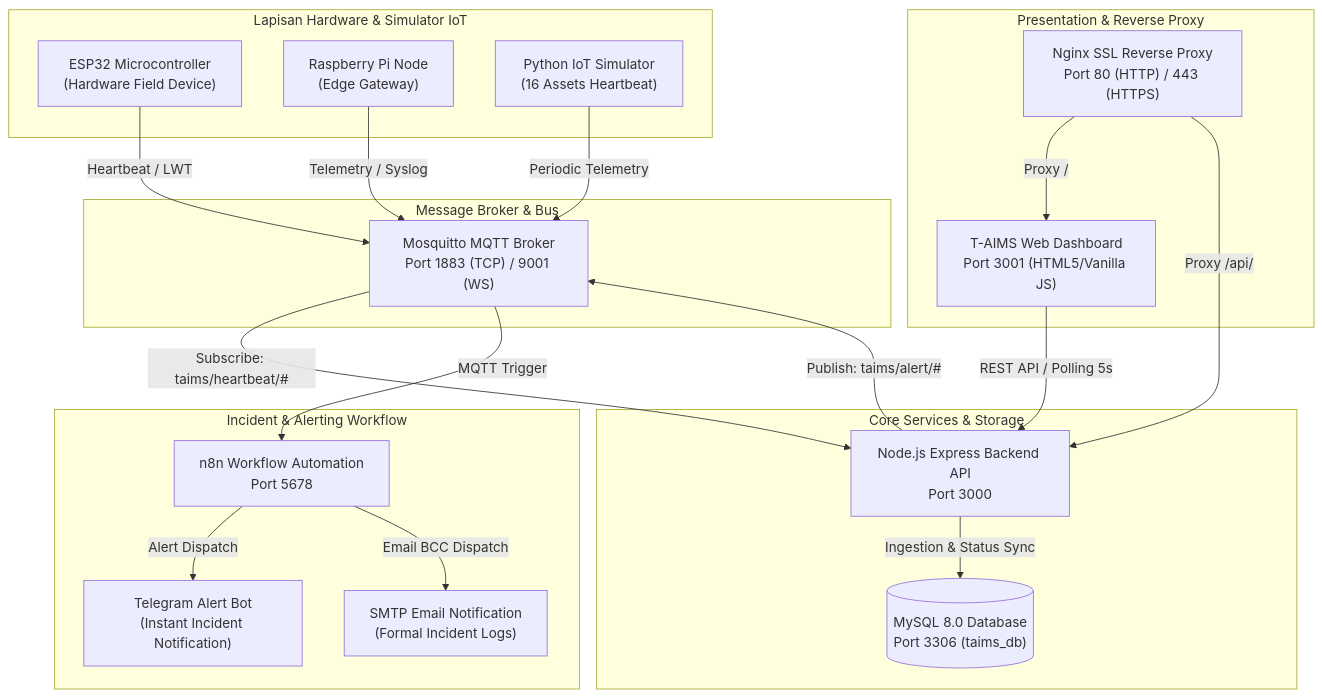
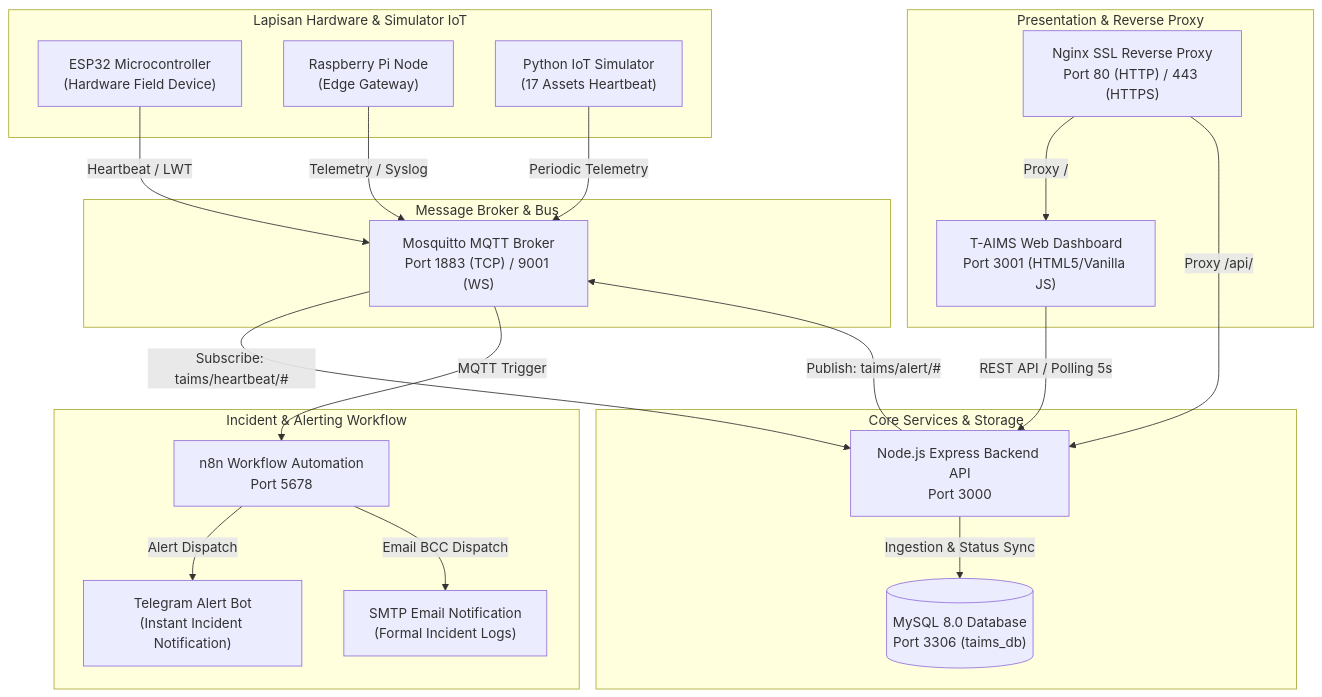
Before and after one commit to T-AIMS/T-AIMS: the diagram in README.md, drawn with Mermaid. The commit also changed other lines of this file and 19 other files, not shown here.

````diff
--- a/README.md
+++ b/README.md
@@ -16,42 +16,42 @@
 ```mermaid
 graph TD
     subgraph IoT_Edge ["Lapisan Hardware & Simulator IoT"]
         ESP["ESP32 Microcontroller<br/>(Hardware Field Device)"]
         RPI["Raspberry Pi Node<br/>(Edge Gateway)"]
-        SIM["Python IoT Simulator<br/>(16 Assets Heartbeat)"]
+        SIM["Python IoT Simulator<br/>(17 Assets Heartbeat)"]
     end
 
     subgraph Broker_Layer ["Message Broker & Bus"]
         MQTT["Mosquitto MQTT Broker<br/>Port 1883 (TCP) / 9001 (WS)"]
     end
 
     subgraph Core_Services ["Core Services & Storage"]
         BACKEND["Node.js Express Backend API<br/>Port 3000"]
         DB[("MySQL 8.0 Database<br/>Port 3306 (taims_db)")]
     end
 
     subgraph Automation_Engine ["Incident & Alerting Workflow"]
         N8N["n8n Workflow Automation<br/>Port 5678"]
         TG["Telegram Alert Bot<br/>(Instant Incident Notification)"]
         MAIL["SMTP Email Notification<br/>(Formal Incident Logs)"]
     end
 
     subgraph Presentation ["Presentation & Reverse Proxy"]
         NGINX["Nginx SSL Reverse Proxy<br/>Port 80 (HTTP) / 443 (HTTPS)"]
         FRONTEND["T-AIMS Web Dashboard<br/>Port 3001 (HTML5/Vanilla JS)"]
     end
 
     %% Flow Connections
     ESP -->|Heartbeat / LWT| MQTT
     RPI -->|Telemetry / Syslog| MQTT
     SIM -->|Periodic Telemetry| MQTT
     MQTT -->|Subscribe: taims/heartbeat/#| BACKEND
     BACKEND -->|Ingestion & Status Sync| DB
     BACKEND -->|Publish: taims/alert/#| MQTT
     MQTT -->|MQTT Trigger| N8N
     N8N -->|Alert Dispatch| TG
     N8N -->|Email BCC Dispatch| MAIL
     NGINX -->|Proxy /| FRONTEND
     NGINX -->|Proxy /api/| BACKEND
     FRONTEND -->|REST API / Polling 5s| BACKEND
 ```
````
